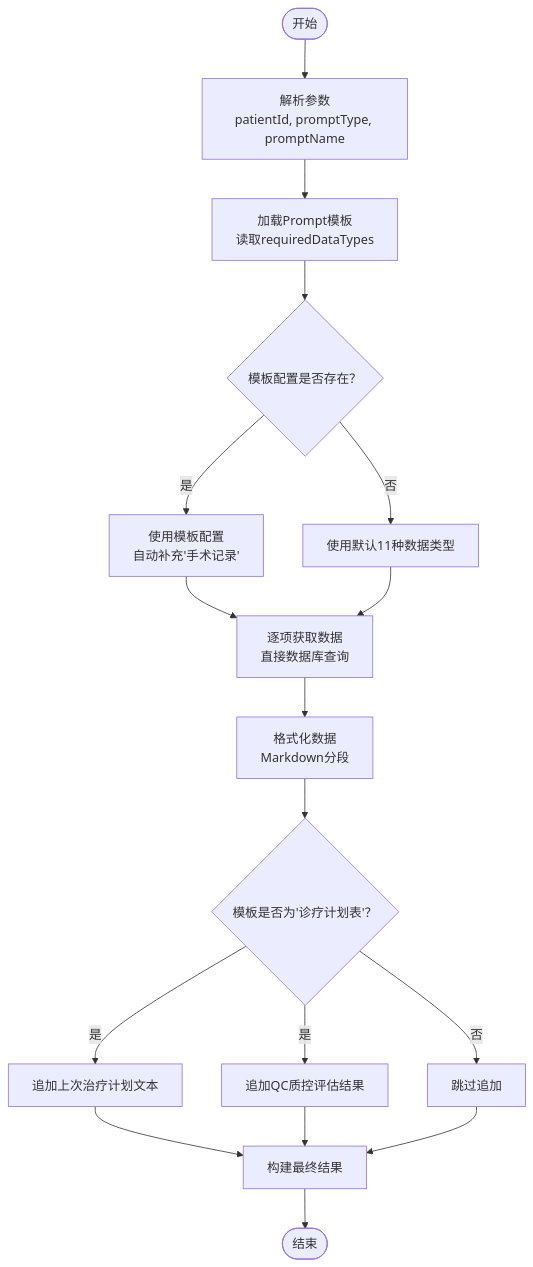
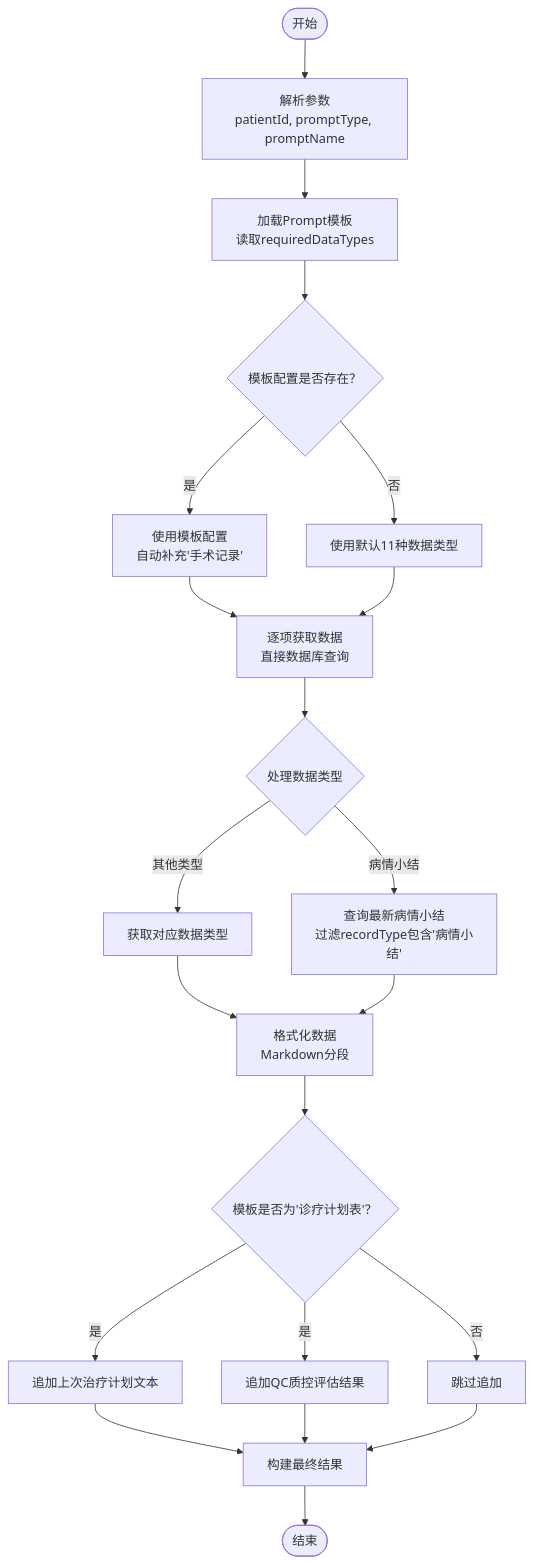
Before and after one commit to liuzh2008/med_ai_assistant_workspace: the third of 8 diagrams in .qoder/repowiki/zh/content/核心功能模块/AI诊断辅助系统.md, drawn with Mermaid. The commit also changed other lines of this file and 2 other files, not shown here.

````diff
--- a/.qoder/repowiki/zh/content/核心功能模块/AI诊断辅助系统.md
+++ b/.qoder/repowiki/zh/content/核心功能模块/AI诊断辅助系统.md
@@ -198,19 +221,23 @@
 ```mermaid
 flowchart TD
 Start(["开始"]) --> ParseParams["解析参数<br/>patientId, promptType, promptName"]
 ParseParams --> LoadTemplate["加载Prompt模板<br/>读取requiredDataTypes"]
 LoadTemplate --> DecideTypes{"模板配置是否存在？"}
 DecideTypes --> |是| UseConfig["使用模板配置<br/>自动补充'手术记录'"]
 DecideTypes --> |否| UseDefault["使用默认11种数据类型"]
 UseConfig --> FetchData["逐项获取数据<br/>直接数据库查询"]
 UseDefault --> FetchData
-FetchData --> FormatData["格式化数据<br/>Markdown分段"]
+FetchData --> ProcessDataType{"处理数据类型"}
+ProcessDataType --> |病情小结| GetMedicalSummary["查询最新病情小结<br/>过滤recordType包含'病情小结'"]
+ProcessDataType --> |其他类型| GetData["获取对应数据类型"]
+GetData --> FormatData["格式化数据<br/>Markdown分段"]
+GetMedicalSummary --> FormatData
 FormatData --> AddContinuity{"模板是否为'诊疗计划表'？"}
 AddContinuity --> |是| AppendPlan["追加上次治疗计划文本"]
 AddContinuity --> |是| AppendQC["追加QC质控评估结果"]
 AddContinuity --> |否| SkipQC["跳过追加"]
 AppendPlan --> BuildResult["构建最终结果"]
 AppendQC --> BuildResult
 SkipQC --> BuildResult
 BuildResult --> End(["结束"])
 ```
````
